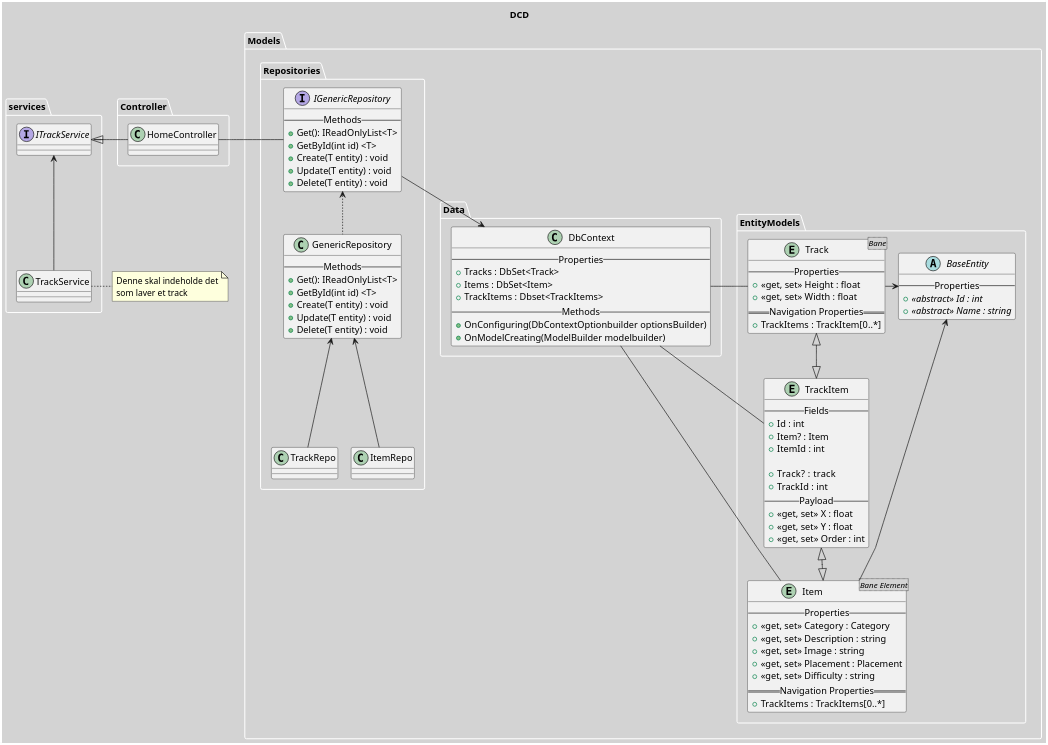
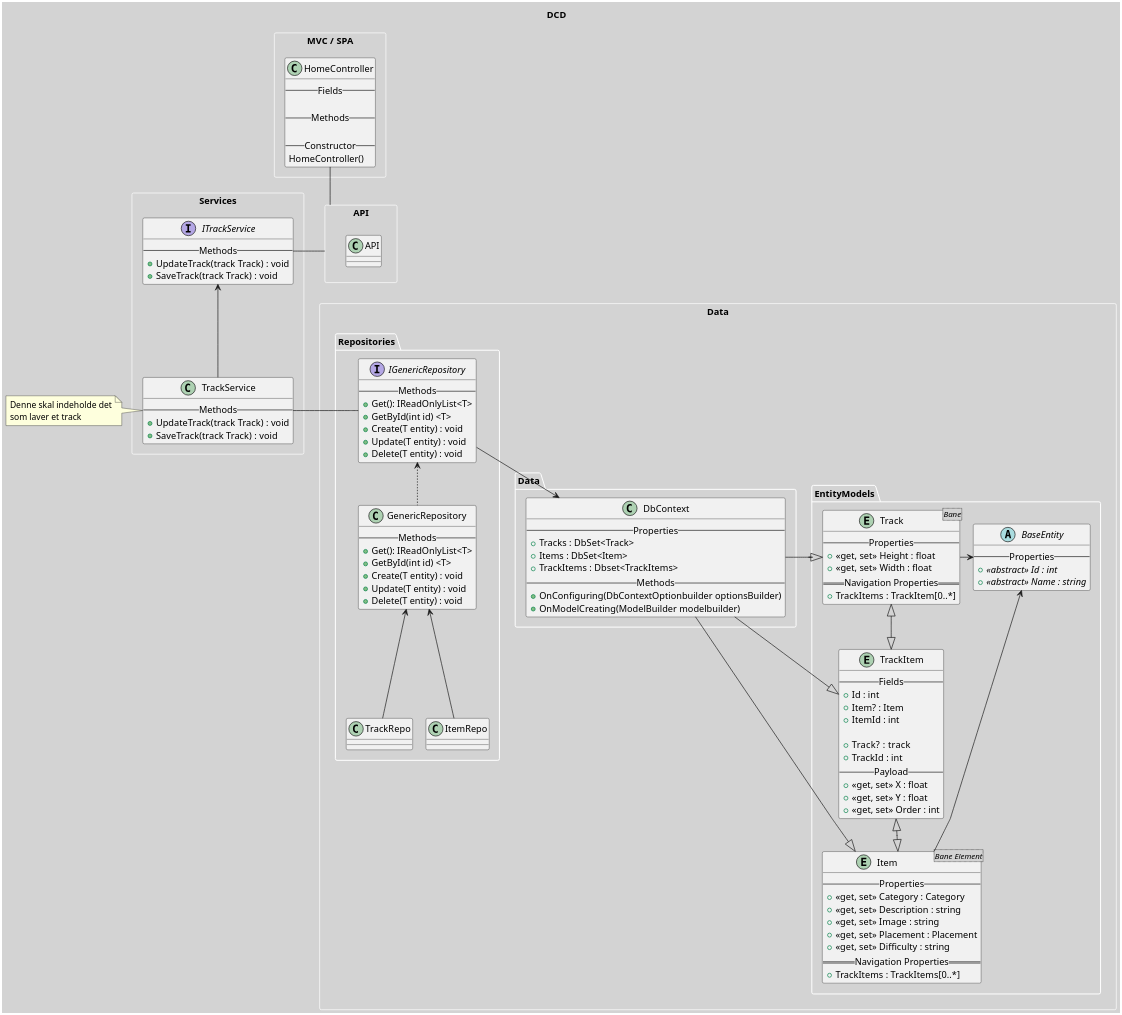
Before and after one commit to Team-1-ucl/Team1_Projekt: the diagram in Dokumentation/Scenarier/Baner/Development View/DCD/DCDv2.wsd, drawn with PlantUML. The commit also changed 10 other files, not shown here.

```diff
--- a/Dokumentation/Scenarier/Baner/Development View/DCD/DCDv2.wsd
+++ b/Dokumentation/Scenarier/Baner/Development View/DCD/DCDv2.wsd
@@ -1,118 +1,136 @@
 @startuml DCDv2
 title DCD
 skinparam nodesep 20
 skinparam ranksep 50
 skinparam linetype polyline
 skinparam dpi 300
 skinparam ComponentBorderThickness 0
 skinparam BackgroundColor lightgrey
 skinparam ComponentBackgroundColor white
 skinparam ComponentBorderColor white
 skinparam PackageBorderColor white
-package Controller{
+rectangle "MVC / SPA" as front{
     class HomeController{
+        -- Fields --
 
+        -- Methods --
+        
+        --Constructor--
+        HomeController()
     }
 }
+rectangle API{
+    class API{}
+}
 
-package services{
-    interface ITrackService
-    class TrackService
+rectangle Services{
+    interface ITrackService{
+        -- Methods --
+        + UpdateTrack(track Track) : void
+        + SaveTrack(track Track) : void
+    }
+
+    class TrackService{
+        -- Methods --
+        + UpdateTrack(track Track) : void
+        + SaveTrack(track Track) : void
+    }
 }
-package Models{
+rectangle "Data" as models{
     package EntityModels{
         abstract class BaseEntity{
             -- Properties --
             + {abstract}<<abstract>> Id : int
             + {abstract}<<abstract>> Name : string
         }
         entity Track<Bane>{
             -- Properties --
             + <<get, set>> Height : float
             + <<get, set>> Width : float
             ==Navigation Properties==
             + TrackItems : TrackItem[0..*]
         }
         entity TrackItem{
             -- Fields --
             + Id : int
             + Item? : Item
             + ItemId : int
 
             + Track? :  track
             + TrackId : int
             -- Payload --
             + <<get, set>> X : float
             + <<get, set>> Y : float
             + <<get, set>> Order : int
         }
         entity Item<Bane Element>{
             -- Properties --
             + <<get, set>> Category : Category
             + <<get, set>> Description : string
             + <<get, set>> Image : string
             + <<get, set>> Placement : Placement
             + <<get, set>> Difficulty : string
             ==Navigation Properties==
             + TrackItems : TrackItems[0..*]
         }
     }
     package Data{
         class "DbContext"{
             --Properties--
             + Tracks : DbSet<Track>
             + Items : DbSet<Item>
             + TrackItems : Dbset<TrackItems>
             --Methods--
             + OnConfiguring(DbContextOptionbuilder optionsBuilder)
             + OnModelCreating(ModelBuilder modelbuilder)
         }
     }
     package Repositories{
         class "GenericRepository"{
             --Methods--
             + Get(): IReadOnlyList<T>
             + GetById(int id) <T>
             + Create(T entity) : void
             + Update(T entity) : void
             + Delete(T entity) : void
         }
 
         interface "IGenericRepository"{
             --Methods--
             + Get(): IReadOnlyList<T>
             + GetById(int id) <T>
             + Create(T entity) : void
             + Update(T entity) : void
             + Delete(T entity) : void
         }
         
         class "ItemRepo"{
 
         }
         class "TrackRepo"{
 
         }
         
     }
     
 }
 
-note right of TrackService : Denne skal indeholde det\nsom laver et track 
+note left of TrackService : Denne skal indeholde det\nsom laver et track 
 
 IGenericRepository  <.. GenericRepository
 IGenericRepository --> DbContext
 GenericRepository <-- ItemRepo
 GenericRepository <-- TrackRepo
-HomeController -|> ITrackService
+HomeController -down- API
+ITrackService - API
 ITrackService <-- TrackService
+IGenericRepository - TrackService 
 BaseEntity  <- Track
 BaseEntity <- Item
 Track <|--|> TrackItem
 TrackItem <|--|> Item
-HomeController - IGenericRepository
-DbContext - Track
-DbContext - TrackItem
-DbContext - Item
+DbContext -|> Track
+DbContext -|> TrackItem
+DbContext -|> Item
 
 @enduml
```
